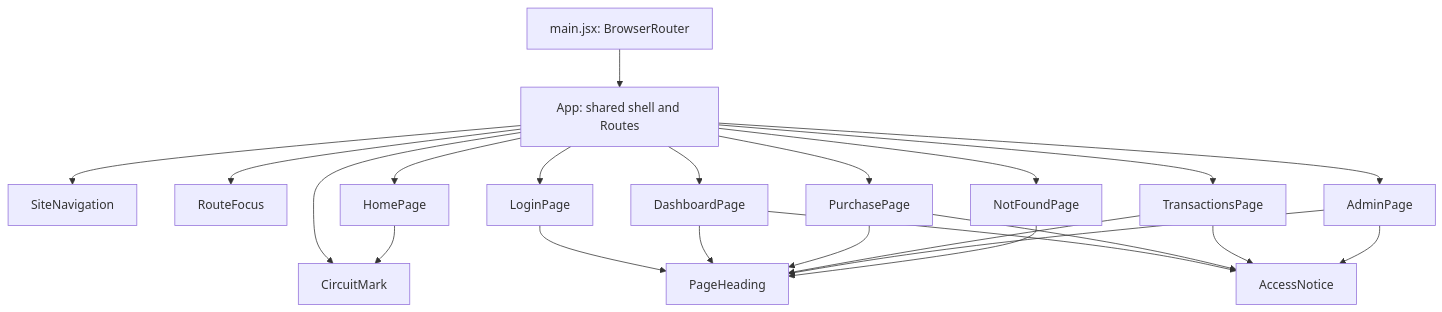
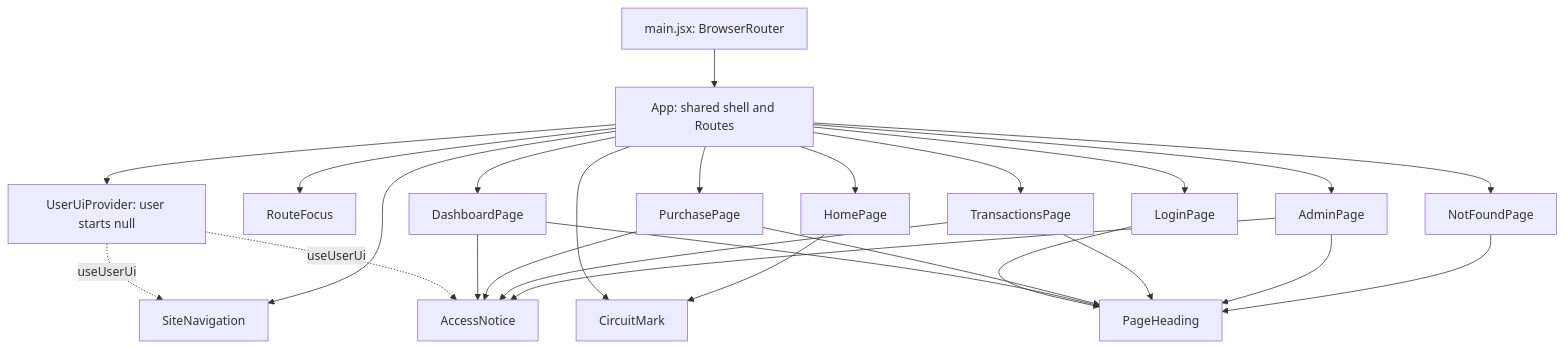
One commit to marvensj7/card-transaction-simulator changed the diagram in outputs/02_Architecture/04_React_Component_Diagram.md. Above: the diagram before and after it, drawn with Mermaid. The commit also changed other lines of this file and 1 other file, not shown here.

````diff
--- a/outputs/02_Architecture/04_React_Component_Diagram.md
+++ b/outputs/02_Architecture/04_React_Component_Diagram.md
@@ -7,25 +7,28 @@
 ```mermaid
 flowchart TD
     MAIN[main.jsx: BrowserRouter] --> APP[App: shared shell and Routes]
+    APP --> USER[UserUiProvider: user starts null]
+    USER -. useUserUi .-> NAV
+    USER -. useUserUi .-> ACCESS
     APP --> NAV[SiteNavigation]
     APP --> FOCUS[RouteFocus]
     APP --> HOME[HomePage]
     APP --> LOGIN[LoginPage]
     APP --> DASH[DashboardPage]
     APP --> PURCHASE[PurchasePage]
     APP --> HISTORY[TransactionsPage]
     APP --> ADMIN[AdminPage]
     APP --> MISSING[NotFoundPage]
     DASH --> ACCESS[AccessNotice]
     PURCHASE --> ACCESS
     HISTORY --> ACCESS
     ADMIN --> ACCESS
     LOGIN --> HEADING[PageHeading]
     DASH --> HEADING
     PURCHASE --> HEADING
     HISTORY --> HEADING
     ADMIN --> HEADING
     MISSING --> HEADING
     APP --> MARK[CircuitMark]
     HOME --> MARK
 ```
````
